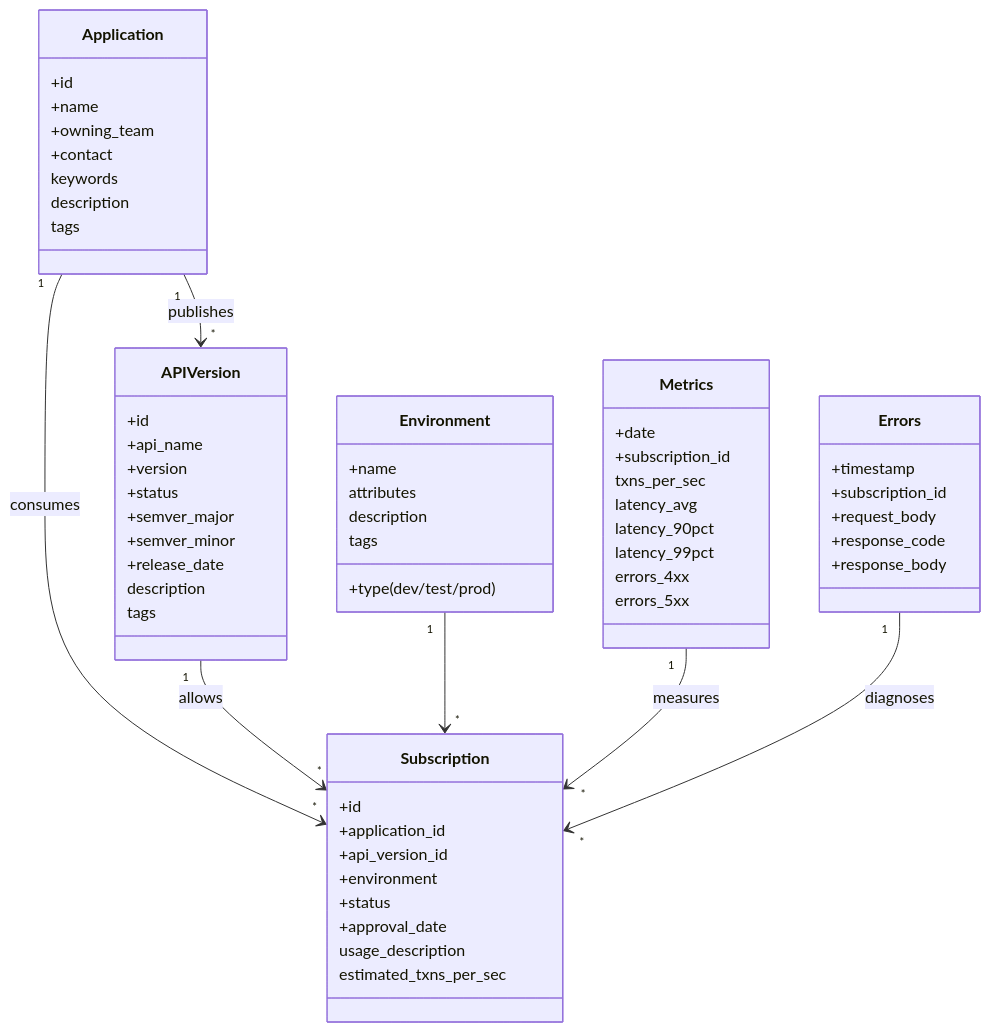
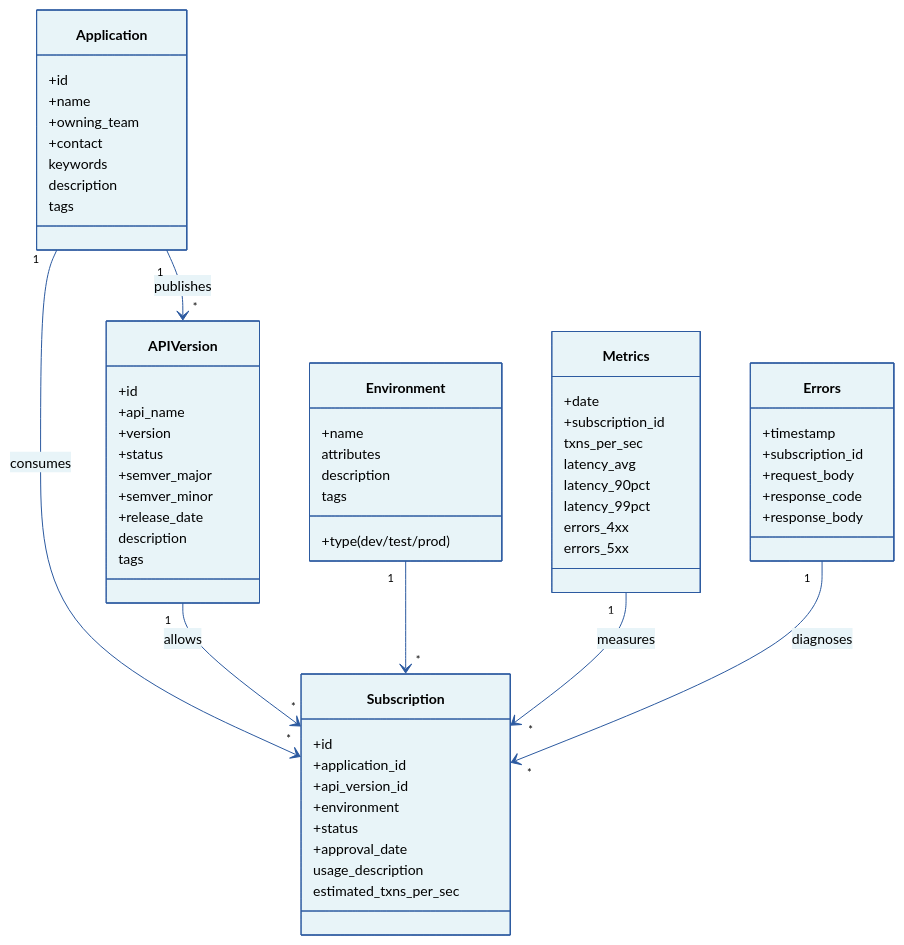
The second of 9 diagrams in technical-design.md (barbecuesteve/api-governance), drawn with Mermaid before and after one commit. The commit also changed other lines of this file and 1 other file, not shown here.

```diff
--- a/technical-design.md
+++ b/technical-design.md
@@ -74,69 +76,70 @@
 <pre class="mermaid">
+%%{init: {'theme':'base', 'themeVariables': { 'primaryColor':'#e8f4f8','primaryTextColor':'#000','primaryBorderColor':'#2c5aa0','lineColor':'#2c5aa0','secondaryColor':'#f0f0f0','tertiaryColor':'#fff','edgeLabelBackground':'#ffffff','fontSize':'14px'}}}%%
 classDiagram
     class Application {
         +id
         +name
         +owning_team
         +contact
         keywords
         description
         tags
     }
 
     class APIVersion {
         +id
         +api_name
         +version
         +status
         +semver_major
         +semver_minor
         +release_date
         description
         tags
     }
 
     class Environment {
         +name
         +type(dev/test/prod)
         attributes
         description
         tags
     }
 
     class Subscription {
         +id
         +application_id
         +api_version_id
         +environment
         +status
         +approval_date
         usage_description
         estimated_txns_per_sec
     }
 
     class Metrics {
         +date
         +subscription_id
         txns_per_sec
         latency_avg
         latency_90pct
         latency_99pct
         errors_4xx
         errors_5xx
     }
 
     class Errors {
         +timestamp
         +subscription_id
         +request_body
         +response_code
         +response_body
     }
 
     Application "1" --> "*" Subscription : consumes
     APIVersion "1" --> "*" Subscription : allows
     Application "1" --> "*" APIVersion : publishes
     Environment "1" --> "*" Subscription 
     Metrics "1" --> "*" Subscription : measures
     Errors "1" --> "*" Subscription : diagnoses
 </pre>
```
